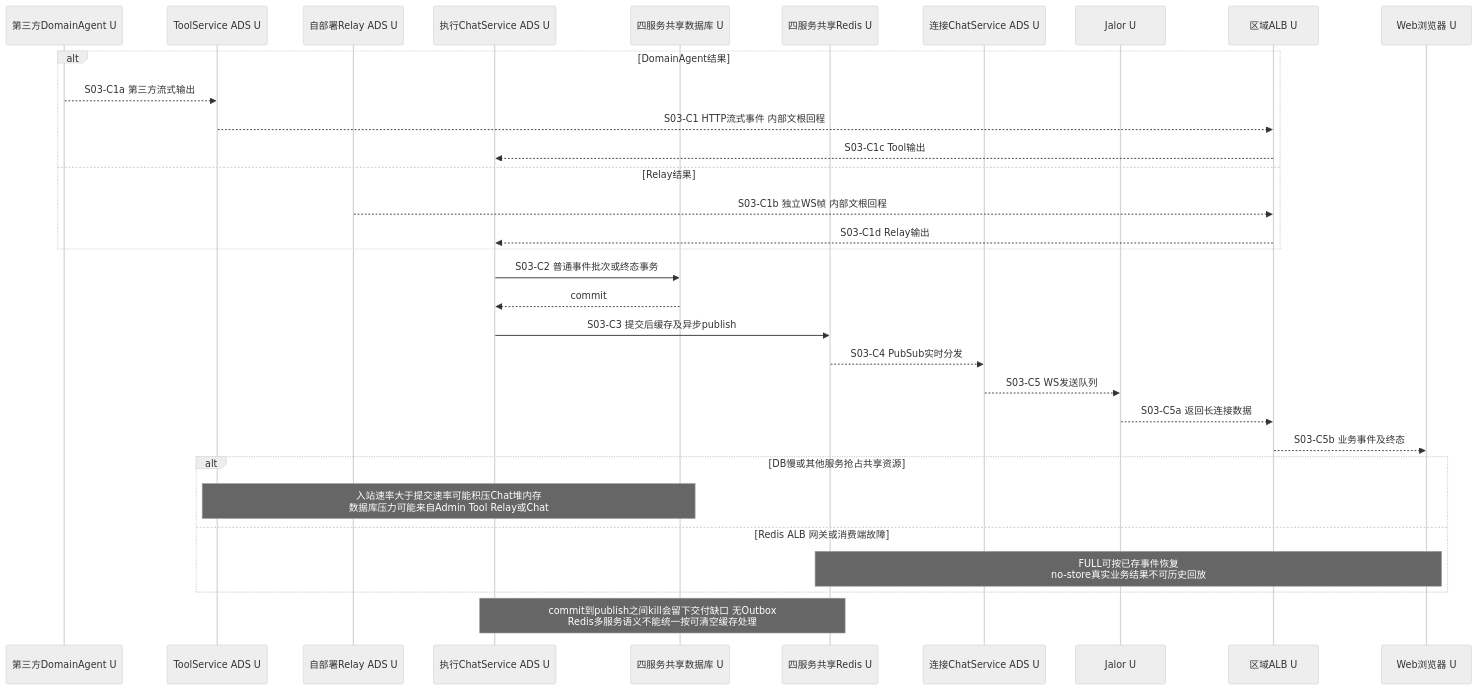
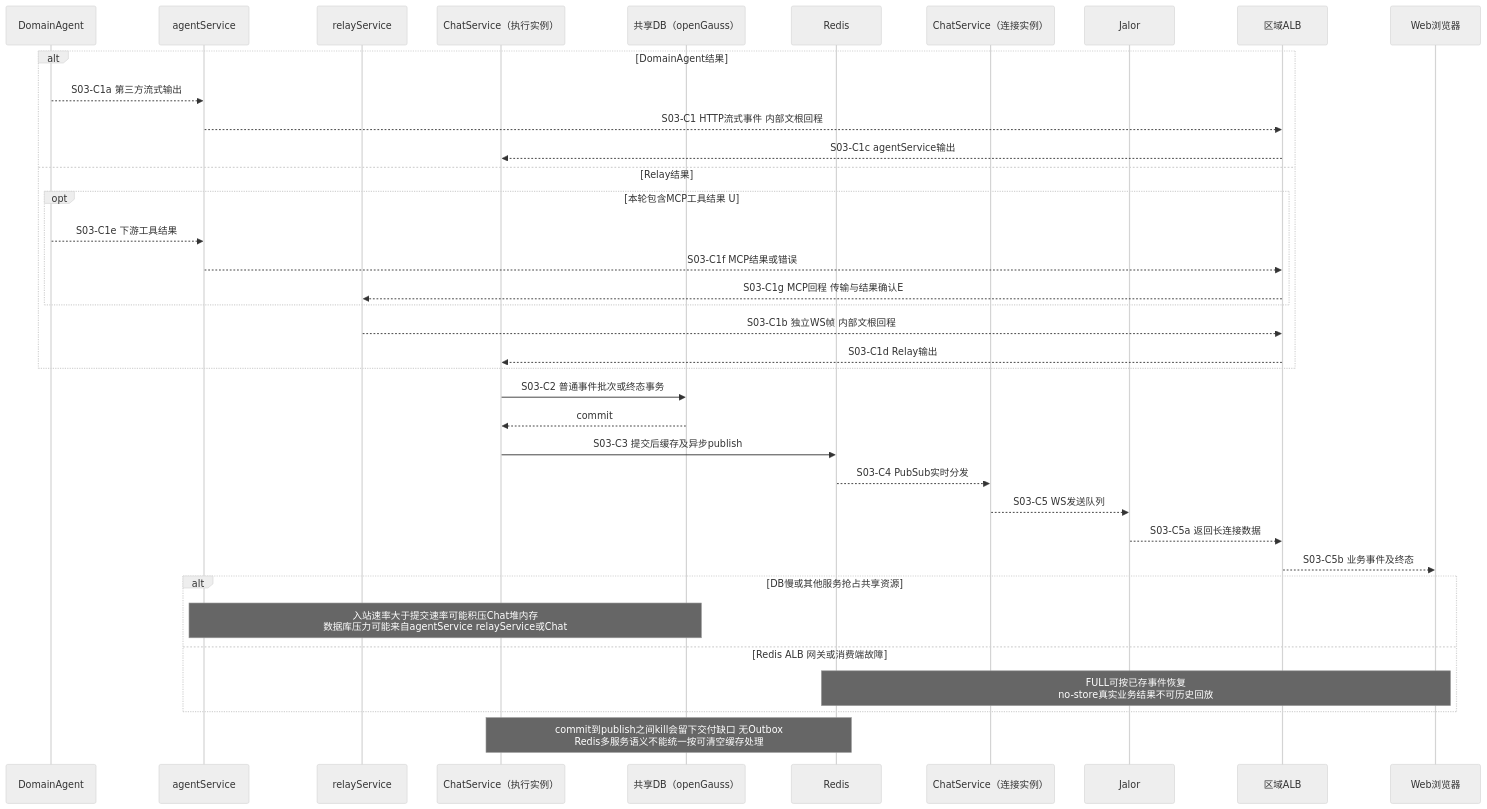
One commit to kunben-duck/exweb changed the fifth of 24 diagrams in docs/architecture/high-availability/scenarios.md. Above: the diagram before and after it, drawn with Mermaid (neutral theme). The commit also changed other lines of this file and 9 other files, not shown here.

Commit message:
docs: refine HA stability and agent service isolation design

````diff
--- a/docs/architecture/high-availability/scenarios.md
+++ b/docs/architecture/high-availability/scenarios.md
@@ -239,34 +326,39 @@
 ```mermaid
 sequenceDiagram
-    participant DA as 第三方DomainAgent U
-    participant TOOL as ToolService ADS U
-    participant RL as 自部署Relay ADS U
-    participant C as 执行ChatService ADS U
-    participant D as 四服务共享数据库 U
-    participant R as 四服务共享Redis U
-    participant W as 连接ChatService ADS U
-    participant G as Jalor U
-    participant L as 区域ALB U
-    participant U as Web浏览器 U
+    participant DA as DomainAgent
+    participant AG as agentService
+    participant RL as relayService
+    participant C as ChatService（执行实例）
+    participant D as 共享DB（openGauss）
+    participant R as Redis
+    participant W as ChatService（连接实例）
+    participant G as Jalor
+    participant L as 区域ALB
+    participant U as Web浏览器
     alt DomainAgent结果
-        DA-->>TOOL: S03-C1a 第三方流式输出
-        TOOL-->>L: S03-C1 HTTP流式事件 内部文根回程
-        L-->>C: S03-C1c Tool输出
+        DA-->>AG: S03-C1a 第三方流式输出
+        AG-->>L: S03-C1 HTTP流式事件 内部文根回程
+        L-->>C: S03-C1c agentService输出
     else Relay结果
+        opt 本轮包含MCP工具结果 U
+            DA-->>AG: S03-C1e 下游工具结果
+            AG-->>L: S03-C1f MCP结果或错误
+            L-->>RL: S03-C1g MCP回程 传输与结果确认E
+        end
         RL-->>L: S03-C1b 独立WS帧 内部文根回程
         L-->>C: S03-C1d Relay输出
     end
     C->>D: S03-C2 普通事件批次或终态事务
     D-->>C: commit
     C->>R: S03-C3 提交后缓存及异步publish
     R-->>W: S03-C4 PubSub实时分发
     W-->>G: S03-C5 WS发送队列
     G-->>L: S03-C5a 返回长连接数据
     L-->>U: S03-C5b 业务事件及终态
     alt DB慢或其他服务抢占共享资源
-        Note over TOOL,D: 入站速率大于提交速率可能积压Chat堆内存<br/>数据库压力可能来自Admin Tool Relay或Chat
+        Note over AG,D: 入站速率大于提交速率可能积压Chat堆内存<br/>数据库压力可能来自agentService relayService或Chat
     else Redis ALB 网关或消费端故障
         Note over R,U: FULL可按已存事件恢复<br/>no-store真实业务结果不可历史回放
     end
     Note over C,R: commit到publish之间kill会留下交付缺口 无Outbox<br/>Redis多服务语义不能统一按可清空缓存处理
 ```
````
